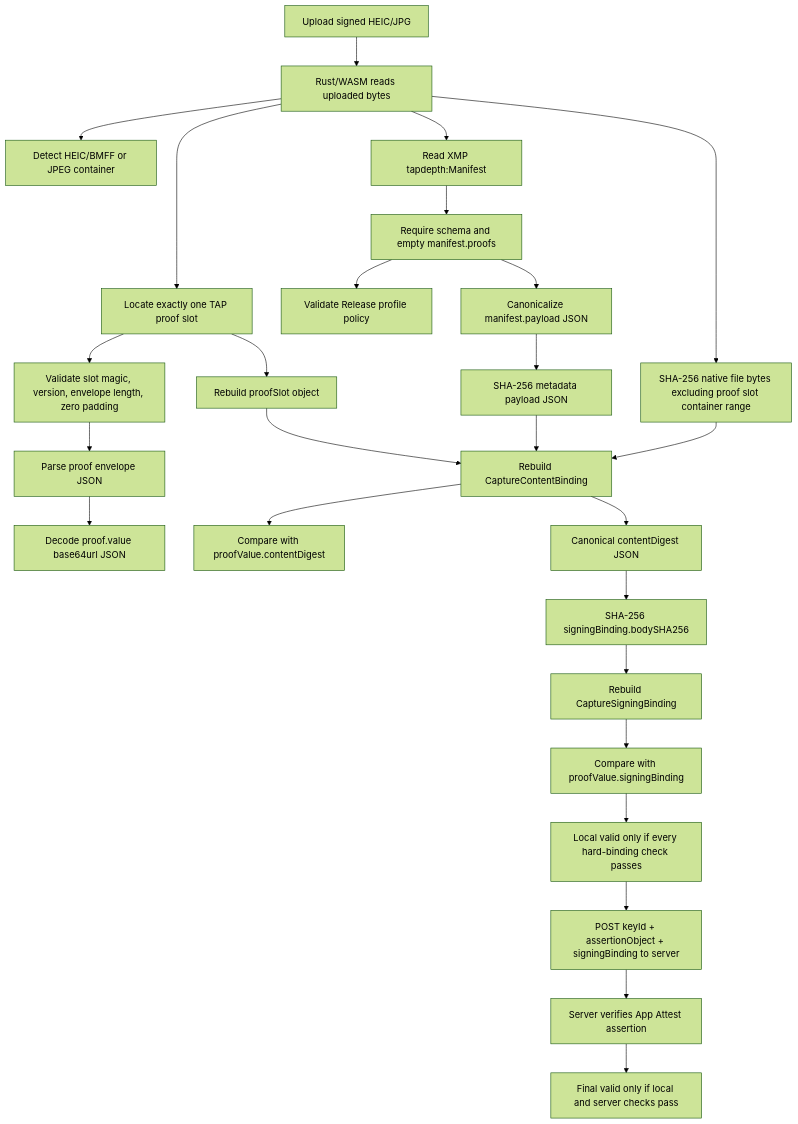
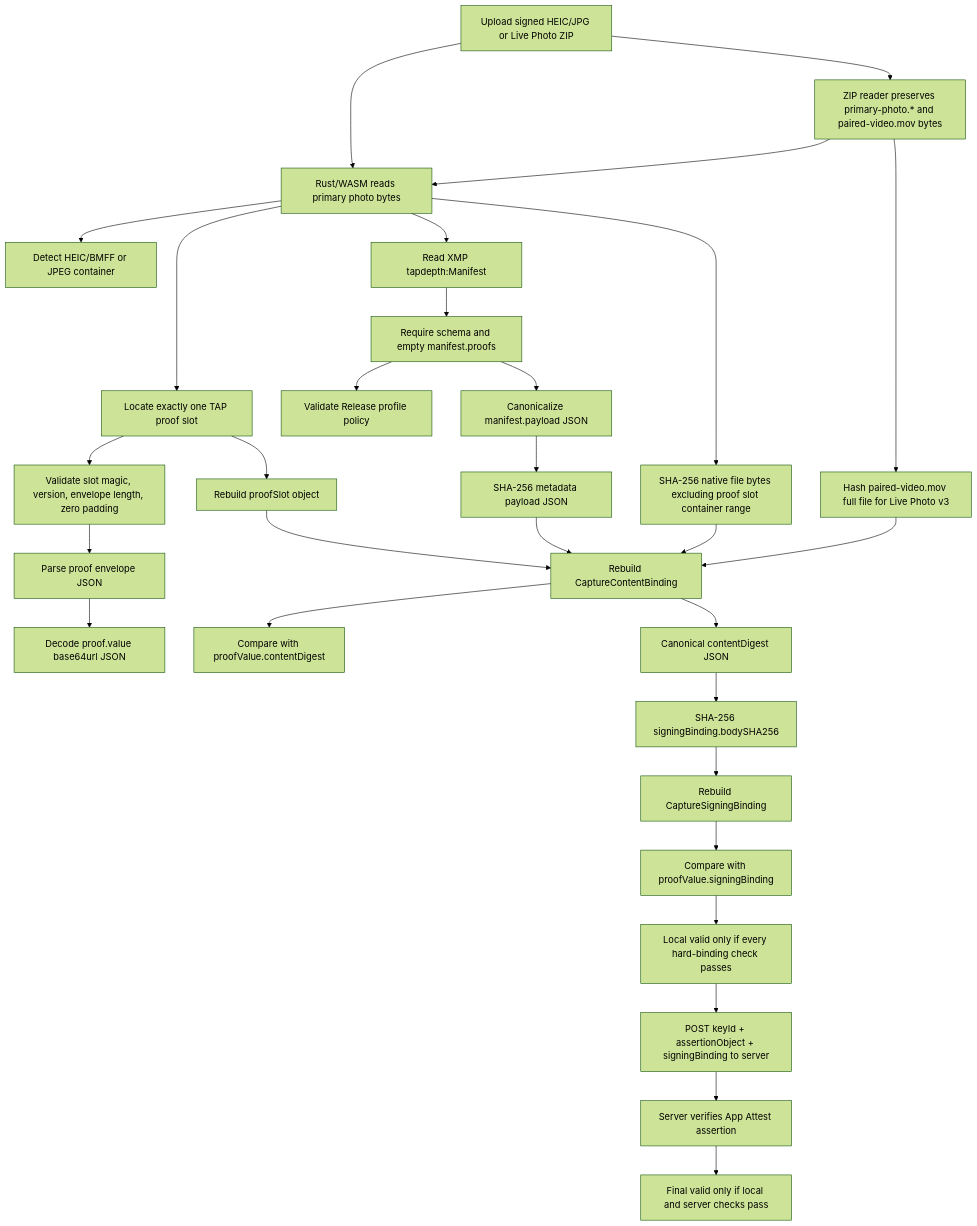
Before and after one commit to TAP-NAP/TAPCamVerifier: the diagram in Docs/VerificationFlow.md, drawn with Mermaid (forest theme). The commit also changed other lines of this file and 14 other files, not shown here.

Commit message:
Refactor capture verification flow and UI state

````diff
--- a/Docs/VerificationFlow.md
+++ b/Docs/VerificationFlow.md
@@ -10,28 +12,32 @@
 ```mermaid
 flowchart TD
-    A["Upload signed HEIC/JPG"] --> B["Rust/WASM reads uploaded bytes"]
+    A["Upload signed HEIC/JPG or Live Photo ZIP"] --> B["Rust/WASM reads primary photo bytes"]
+    A --> Z["ZIP reader preserves primary-photo.* and paired-video.mov bytes"]
+    Z --> B
+    Z --> Y["Hash paired-video.mov full file for Live Photo v3"]
     B --> C["Detect HEIC/BMFF or JPEG container"]
     B --> D["Locate exactly one TAP proof slot"]
     D --> E["Validate slot magic, version, envelope length, zero padding"]
     E --> F["Parse proof envelope JSON"]
     F --> G["Decode proof.value base64url JSON"]
     B --> H["Read XMP tapdepth:Manifest"]
     H --> I["Require schema and empty manifest.proofs"]
     I --> J["Validate Release profile policy"]
     B --> K["SHA-256 native file bytes excluding proof slot container range"]
     I --> L["Canonicalize manifest.payload JSON"]
     L --> M["SHA-256 metadata payload JSON"]
     D --> N["Rebuild proofSlot object"]
     K --> O["Rebuild CaptureContentBinding"]
     M --> O
+    Y --> O
     N --> O
     O --> P["Compare with proofValue.contentDigest"]
     O --> Q["Canonical contentDigest JSON"]
     Q --> R["SHA-256 signingBinding.bodySHA256"]
     R --> S["Rebuild CaptureSigningBinding"]
     S --> T["Compare with proofValue.signingBinding"]
     T --> U["Local valid only if every hard-binding check passes"]
     U --> V["POST keyId + assertionObject + signingBinding to server"]
     V --> W["Server verifies App Attest assertion"]
     W --> X["Final valid only if local and server checks pass"]
 ```
````
